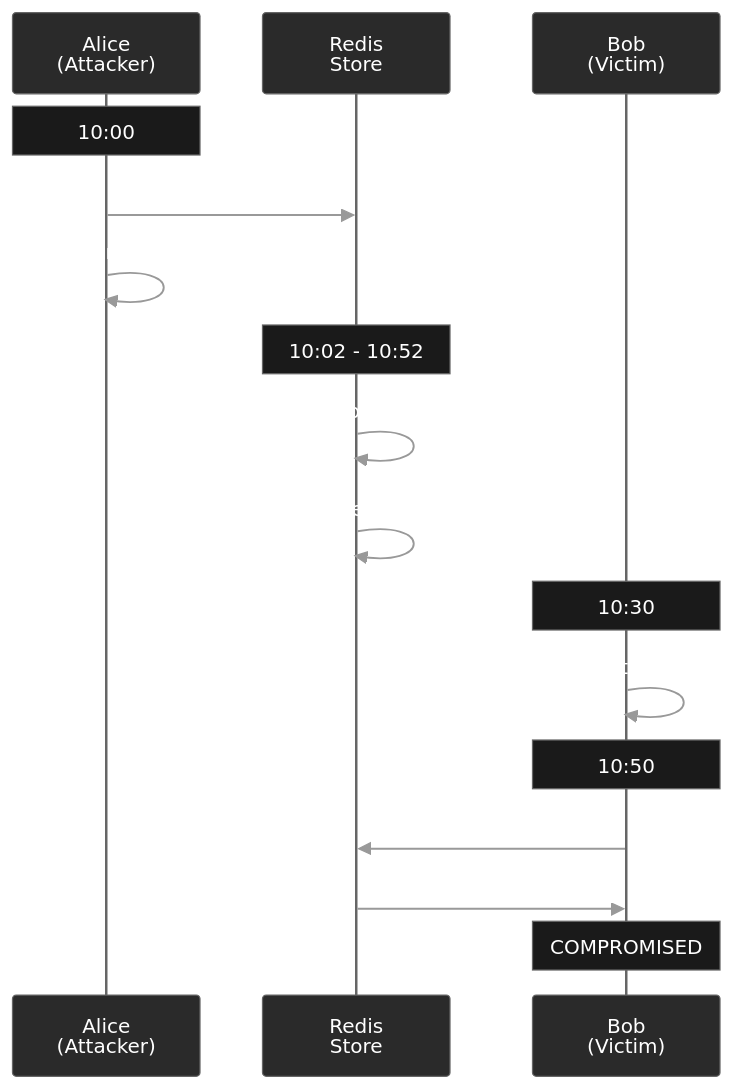
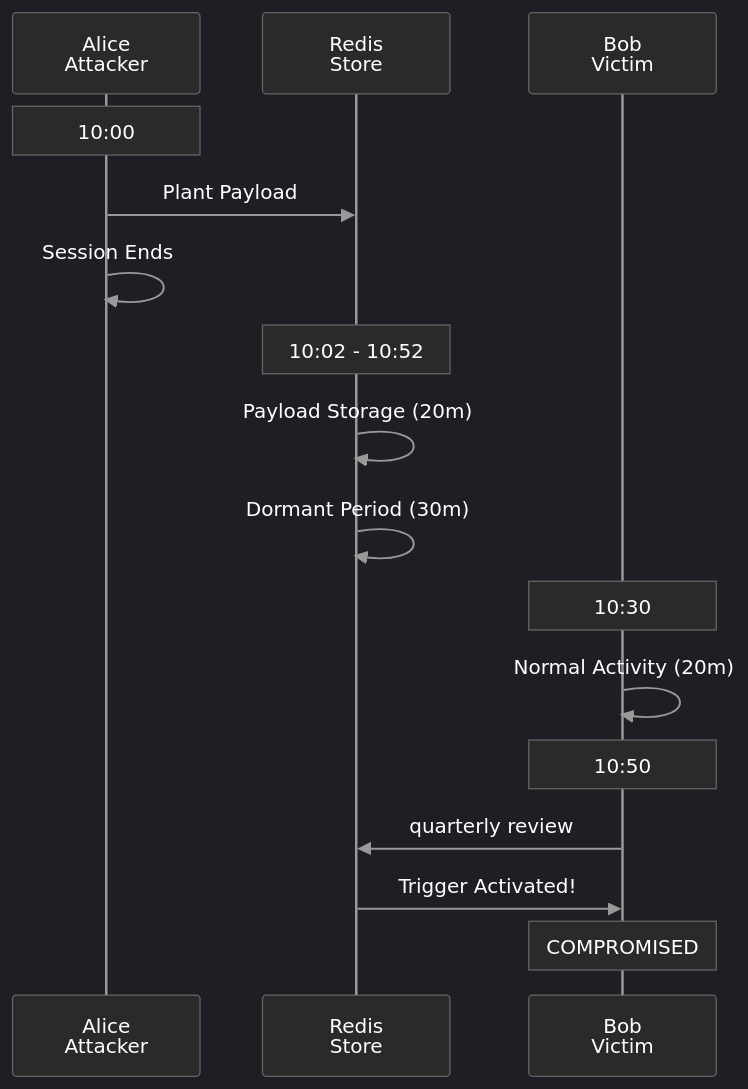
The fourth of 11 diagrams in agentic_lpci_framework/LPCI_ATTACK_EXPLAINED.md (mbhatt1/agentic_lpci_framework), drawn with Mermaid before and after one commit. The commit also changed other lines of this file, not shown here.

````diff
--- a/agentic_lpci_framework/LPCI_ATTACK_EXPLAINED.md
+++ b/agentic_lpci_framework/LPCI_ATTACK_EXPLAINED.md
@@ -168,41 +184,48 @@
 ```mermaid
 %%{init: {
-  'theme': 'base',
+  'theme': 'dark',
   'themeVariables': {
-    'primaryColor': '#000000',
+    'primaryColor': '#1a1a1a',
     'primaryTextColor': '#ffffff',
     'primaryBorderColor': '#666666',
     'lineColor': '#999999',
     'background': '#000000',
     'mainBkg': '#1a1a1a',
     'actorBkg': '#2a2a2a',
     'actorBorder': '#666666',
     'actorTextColor': '#ffffff',
+    'actorLineColor': '#999999',
     'signalColor': '#999999',
     'signalTextColor': '#ffffff',
-    'noteBkgColor': '#1a1a1a',
+    'labelBoxBkgColor': '#1a1a1a',
+    'labelBoxBorderColor': '#666666',
+    'labelTextColor': '#ffffff',
+    'loopTextColor': '#ffffff',
+    'noteBorderColor': '#666666',
+    'noteBkgColor': '#2a2a2a',
     'noteTextColor': '#ffffff',
-    'noteBorderColor': '#666666',
-    'sequenceNumberColor': '#000000'
+    'activationBorderColor': '#999999',
+    'activationBkgColor': '#3a3a3a',
+    'sequenceNumberColor': '#ffffff'
   }
 }}%%
 sequenceDiagram
-    participant Alice as Alice<br/>(Attacker)
+    participant Alice as Alice<br/>Attacker
     participant Redis as Redis<br/>Store
-    participant Bob as Bob<br/>(Victim)
+    participant Bob as Bob<br/>Victim
     
     Note over Alice: 10:00
     Alice->>Redis: Plant Payload
     Alice->>Alice: Session Ends
     
     Note over Redis: 10:02 - 10:52
     Redis->>Redis: Payload Storage (20m)
     Redis->>Redis: Dormant Period (30m)
     
     Note over Bob: 10:30
     Bob->>Bob: Normal Activity (20m)
     Note over Bob: 10:50
-    Bob->>Redis: "quarterly review"
+    Bob->>Redis: quarterly review
     Redis->>Bob: Trigger Activated!
     Note over Bob: COMPROMISED
 ```
````
